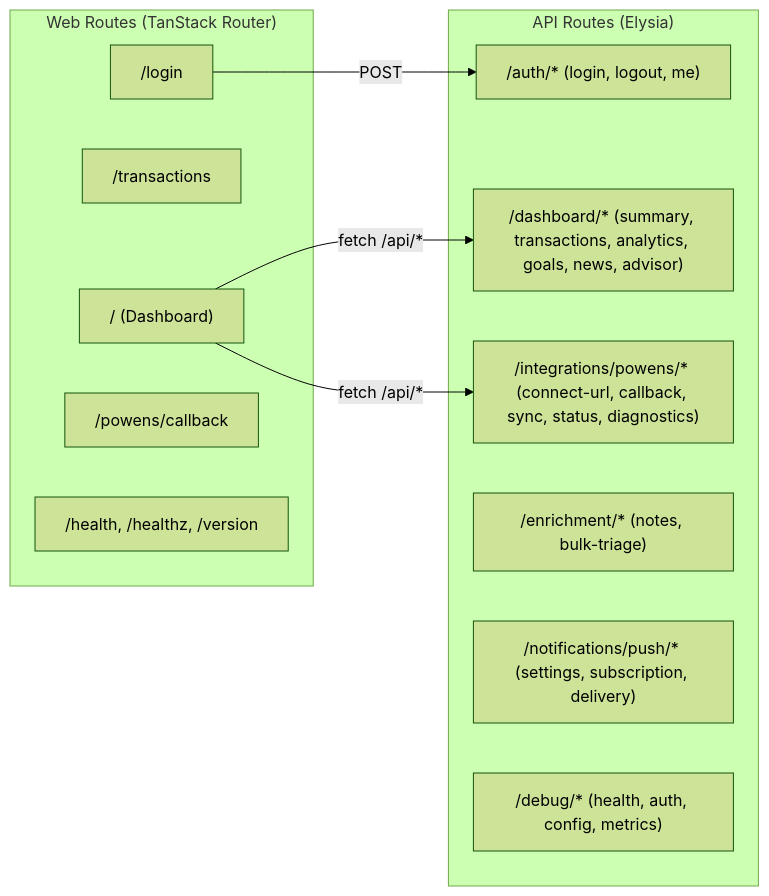
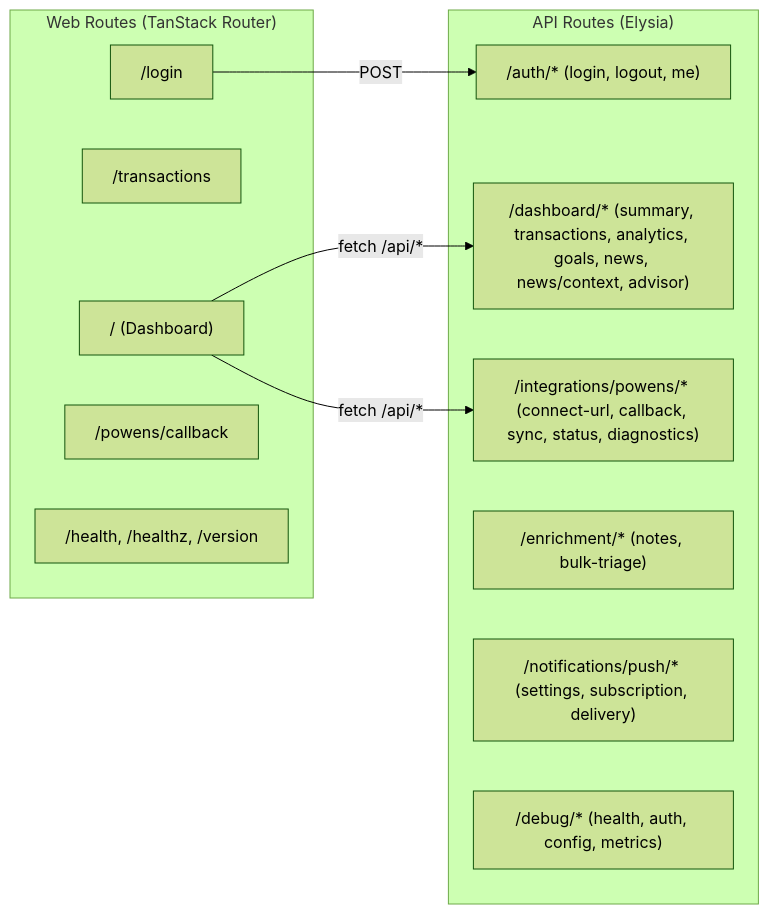
Before and after one commit to BigZoo92/finance-os: the fourth of 6 diagrams in docs/context/STACK.md, drawn with Mermaid (forest theme). The commit also changed other lines of this file and 84 other files, not shown here.

````diff
--- a/docs/context/STACK.md
+++ b/docs/context/STACK.md
@@ -214,23 +217,23 @@
 ```mermaid
 graph LR
     subgraph "Web Routes (TanStack Router)"
         Root["/ (Dashboard)"]
         Trans["/transactions"]
         Login["/login"]
         Callback["/powens/callback"]
         Health["/health, /healthz, /version"]
     end
 
     subgraph "API Routes (Elysia)"
         Auth["/auth/* (login, logout, me)"]
-        Dash["/dashboard/* (summary, transactions, analytics, goals, news, advisor)"]
+        Dash["/dashboard/* (summary, transactions, analytics, goals, news, news/context, advisor)"]
         Integ["/integrations/powens/* (connect-url, callback, sync, status, diagnostics)"]
         Enrich["/enrichment/* (notes, bulk-triage)"]
         Notif["/notifications/push/* (settings, subscription, delivery)"]
         Debug["/debug/* (health, auth, config, metrics)"]
     end
 
     Root -->|"fetch /api/*"| Dash
     Root -->|"fetch /api/*"| Integ
     Login -->|"POST"| Auth
 ```
````
